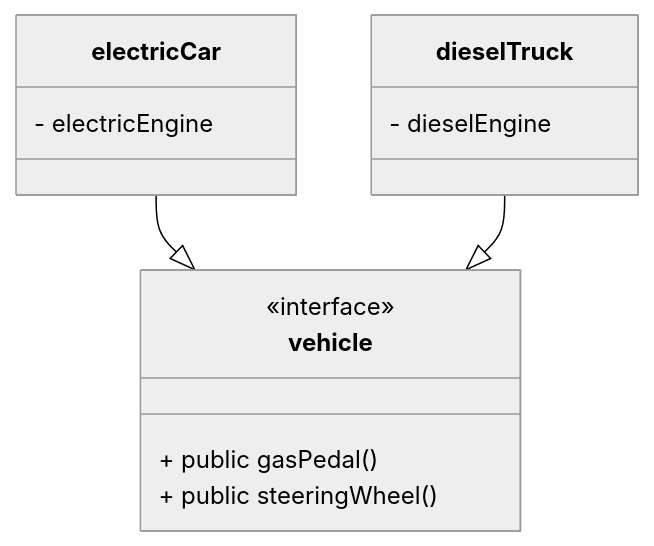
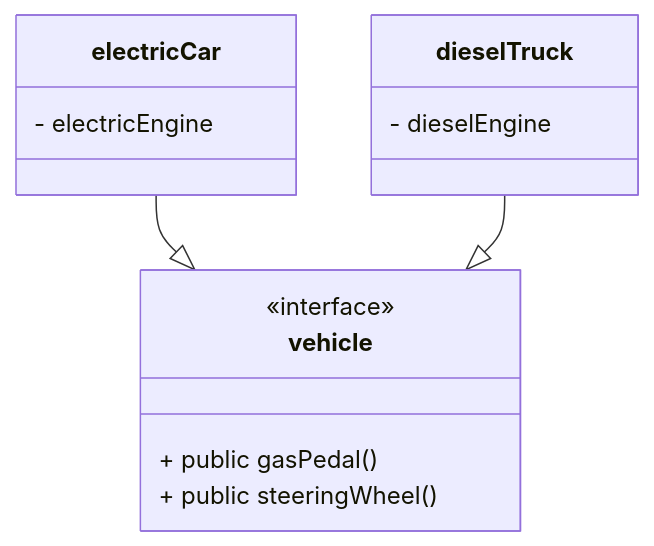
The second of 6 diagrams in instruction/design-principles/design-principles.md (softwareconstruction240/softwareconstruction), drawn with Mermaid before and after one commit.

Commit message:
update(Design Principles)

````diff
--- a/instruction/design-principles/design-principles.md
+++ b/instruction/design-principles/design-principles.md
@@ -93,21 +93,19 @@
 ```mermaid
-%%{init: { 'theme': 'neutral', 'themeVariables': { 'lineColor': '#000000', 'primaryTextColor': '#000000', 'actorBorder': '#000000', 'participantBorder': '#000000', 'noteBorderColor': '#000000' } }}%%
-
 classDiagram
     class vehicle {
         <<interface>>
         + public gasPedal()
         + public steeringWheel()
     }
 
     class electricCar {
         - electricEngine
     }
 
     class dieselTruck {
         - dieselEngine
     }
 
     electricCar --|> vehicle
     dieselTruck --|> vehicle
 ```
````
